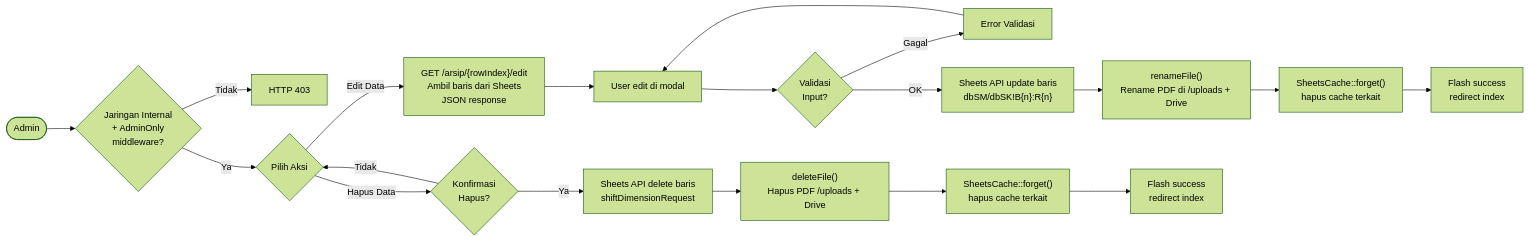
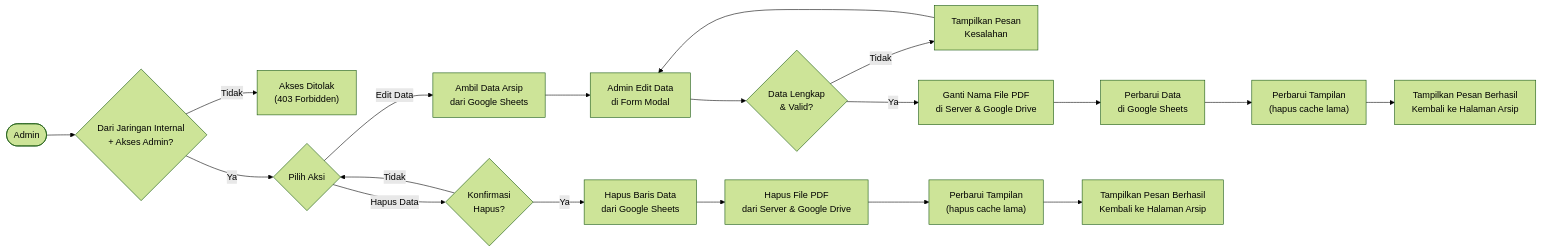
One commit to Rpl087/PROJECT-MAGANG changed the fifth of 7 diagrams in README.md. Above: the diagram before and after it, drawn with Mermaid (forest theme). The commit also changed other lines of this file, not shown here.

````diff
--- a/README.md
+++ b/README.md
@@ -388,22 +388,22 @@
 ```mermaid
 flowchart LR
-    Adm(["Admin"]) --> CheckAdminNet{"Jaringan Internal\n+ AdminOnly\nmiddleware?"}
-    CheckAdminNet -- Tidak --> Deny403["HTTP 403"]
+    Adm(["Admin"]) --> CheckAdminNet{"Dari Jaringan Internal\n+ Akses Admin?"}
+    CheckAdminNet -- Tidak --> Deny403["Akses Ditolak\n(403 Forbidden)"]
     CheckAdminNet -- Ya --> Pilih{"Pilih Aksi"}
 
-    Pilih -- "Edit Data" --> FetchRow["GET /arsip/{rowIndex}/edit\nAmbil baris dari Sheets\nJSON response"]
-    FetchRow --> EditModal["User edit di modal"]
-    EditModal --> ValidEdit{"Validasi\nInput?"}
-    ValidEdit -- Gagal --> ErrEdit["Error Validasi"] --> EditModal
-    ValidEdit -- OK --> UpdateSheet["Sheets API update baris\ndbSM/dbSK!B{n}:R{n}"]
-    UpdateSheet --> RenamePDF["renameFile()\nRename PDF di /uploads + Drive"]
-    RenamePDF --> ForgetEdit["SheetsCache::forget()\nhapus cache terkait"]
-    ForgetEdit --> OKEdit["Flash success\nredirect index"]
+    Pilih -- "Edit Data" --> FetchRow["Ambil Data Arsip\ndari Google Sheets"]
+    FetchRow --> EditModal["Admin Edit Data\ndi Form Modal"]
+    EditModal --> ValidEdit{"Data Lengkap\n& Valid?"}
+    ValidEdit -- Tidak --> ErrEdit["Tampilkan Pesan\nKesalahan"] --> EditModal
+    ValidEdit -- Ya --> RenamePDF["Ganti Nama File PDF\ndi Server & Google Drive"]
+    RenamePDF --> UpdateSheet["Perbarui Data\ndi Google Sheets"]
+    UpdateSheet --> ForgetEdit["Perbarui Tampilan\n(hapus cache lama)"]
+    ForgetEdit --> OKEdit["Tampilkan Pesan Berhasil\nKembali ke Halaman Arsip"]
 
     Pilih -- "Hapus Data" --> ConfirmDel{"Konfirmasi\nHapus?"}
     ConfirmDel -- Tidak --> Pilih
-    ConfirmDel -- Ya --> DelSheet["Sheets API delete baris\nshiftDimensionRequest"]
-    DelSheet --> DelPDF["deleteFile()\nHapus PDF /uploads + Drive"]
-    DelPDF --> ForgetDel["SheetsCache::forget()\nhapus cache terkait"]
-    ForgetDel --> OKDel["Flash success\nredirect index"]
+    ConfirmDel -- Ya --> DelSheet["Hapus Baris Data\ndari Google Sheets"]
+    DelSheet --> DelPDF["Hapus File PDF\ndari Server & Google Drive"]
+    DelPDF --> ForgetDel["Perbarui Tampilan\n(hapus cache lama)"]
+    ForgetDel --> OKDel["Tampilkan Pesan Berhasil\nKembali ke Halaman Arsip"]
 ```
````
